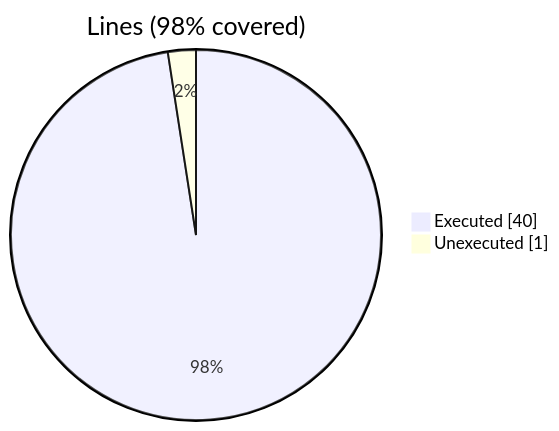
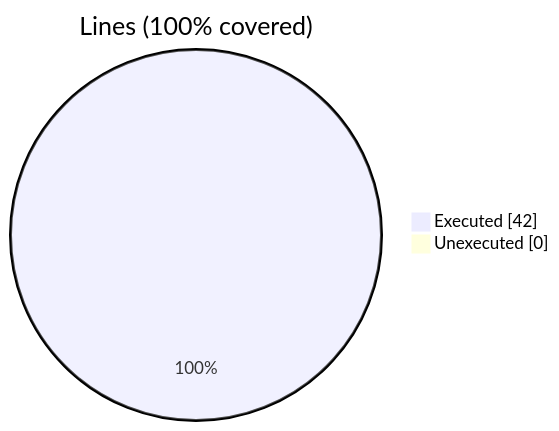
One commit to szaghi/FOSSIL changed the first of 2 diagrams in docs/guide/fossil_list_id_object.f90.gcov.md. Above: the diagram before and after it, drawn with Mermaid. The commit also changed other lines of this file and 40 other files, not shown here.

````diff
--- a/docs/guide/fossil_list_id_object.f90.gcov.md
+++ b/docs/guide/fossil_list_id_object.f90.gcov.md
@@ -10,6 +10,6 @@
 ```mermaid
 pie showData
-    title Lines (98% covered)
-    "Executed" : 40
-    "Unexecuted" : 1
+    title Lines (100% covered)
+    "Executed" : 42
+    "Unexecuted" : 0
 ```
````
